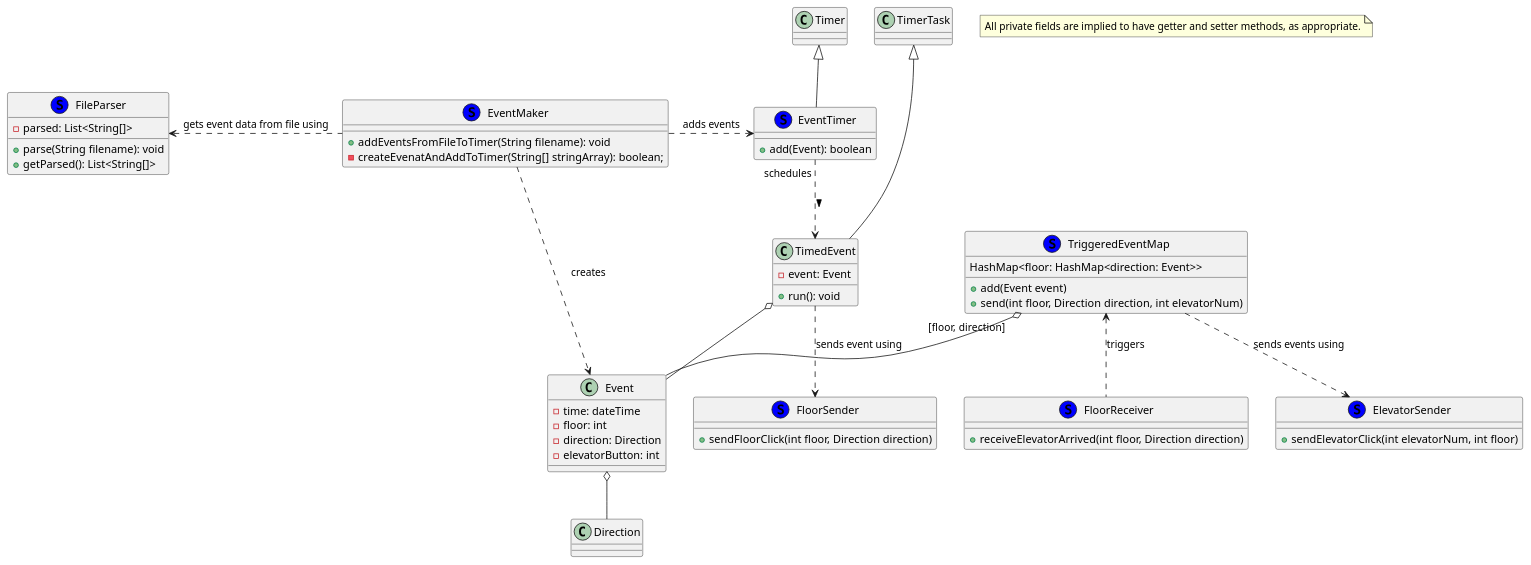
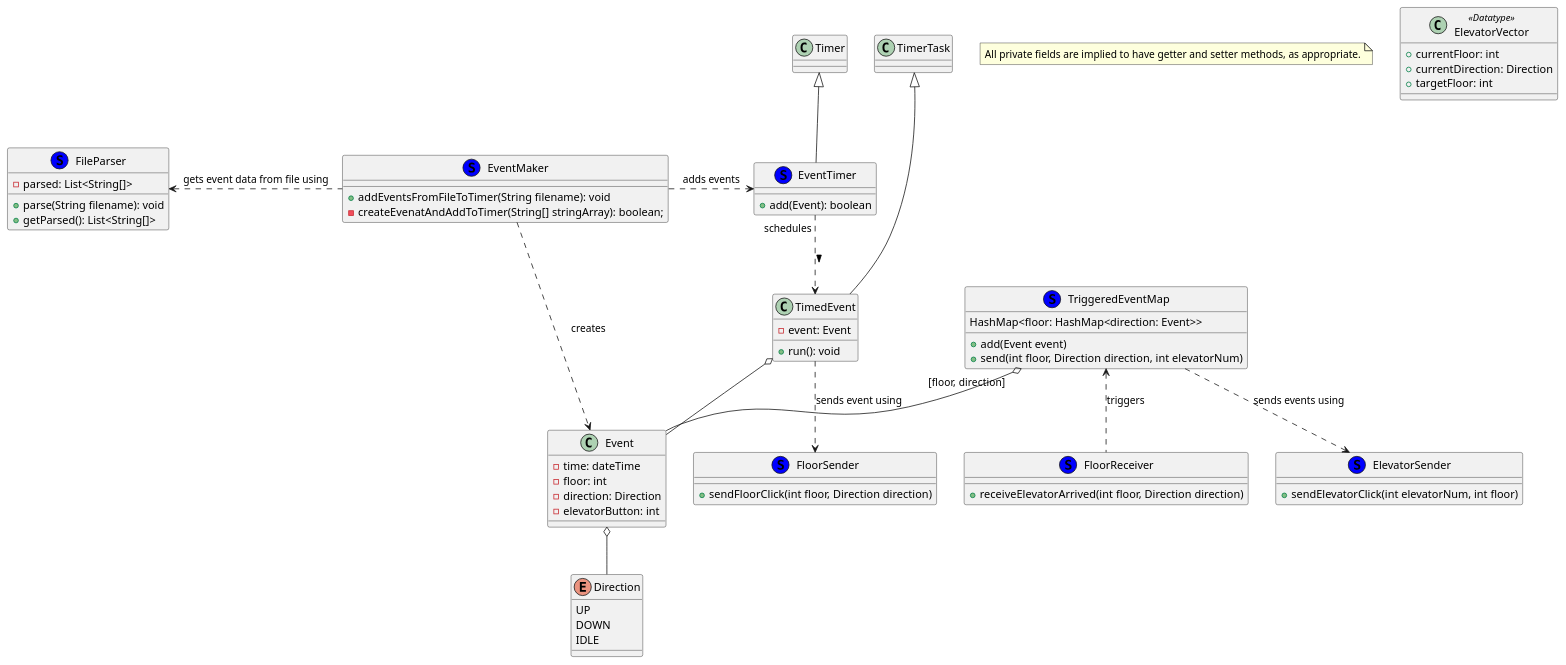
One commit to JoshuaSFryer/3303-L4G5 changed the diagram in doc/diagrams/ClassDiagrams/SimulatorClassDiagram.puml. Above: the diagram before and after it, drawn with PlantUML. The commit also changed 9 other files, not shown here.

Commit message:
Create class diagram for communications protocol

```diff
--- a/doc/diagrams/ClassDiagrams/SimulatorClassDiagram.puml
+++ b/doc/diagrams/ClassDiagrams/SimulatorClassDiagram.puml
@@ -1,84 +1,94 @@
 @startuml
 
 note "All private fields are implied to have getter and setter methods, as appropriate." as N1
 
-class Direction{
+enum Direction{
+  UP
+  DOWN
+  IDLE
 }
+
+class ElevatorVector <<Datatype>> {
+    +currentFloor: int
+    +currentDirection: Direction
+    +targetFloor: int
+}
+
 together {
   class Timer
   class TimerTask
 }
 
 TimerTask <|-- TimedEvent
 Timer <|-- EventTimer
 EventTimer ..> TimedEvent: "schedules" >
 
 together {
   class FloorReceiver<<(S, blue)>>{
     + receiveElevatorArrived(int floor, Direction direction)
   }
 
   class ElevatorSender<<(S, blue)>>{
     + sendElevatorClick(int elevatorNum, int floor)
   }
   class FloorSender <<(S, blue)>>{
     + sendFloorClick(int floor, Direction direction)
   }
 }
 
 together {
   class EventTimer<<(S, blue)>>{
     + add(Event): boolean
   }
 
   class TriggeredEventMap<<(S, blue)>>{
     HashMap<floor: HashMap<direction: Event>>
     + add(Event event)
     + send(int floor, Direction direction, int elevatorNum)
   }
 
   class TimedEvent{
     - event: Event
     + run(): void
   }
 
 }
 
 together {
   class Event{
     - time: dateTime
     - floor: int
     - direction: Direction
     - elevatorButton: int
   }
 }
 
 
 
 together {
   class EventMaker<<(S, blue)>>{
     + addEventsFromFileToTimer(String filename): void
     - createEvenatAndAddToTimer(String[] stringArray): boolean;
   }
   class FileParser<<(S, blue)>>{
     - parsed: List<String[]>
     + parse(String filename): void
     + getParsed(): List<String[]>
   }
 }
 
 EventMaker .> Event: "creates"
 EventMaker .> EventTimer: "adds events"
 
 TriggeredEventMap "[floor, direction]" o-- Event
 TimedEvent o-- Event
 
 Event o-- Direction
 
 TimedEvent ..> FloorSender: sends event using
 TriggeredEventMap ..> ElevatorSender: sends events using
 TriggeredEventMap <.. FloorReceiver: triggers
 
  FileParser <. EventMaker : gets event data from file using
 
 @enduml
```
